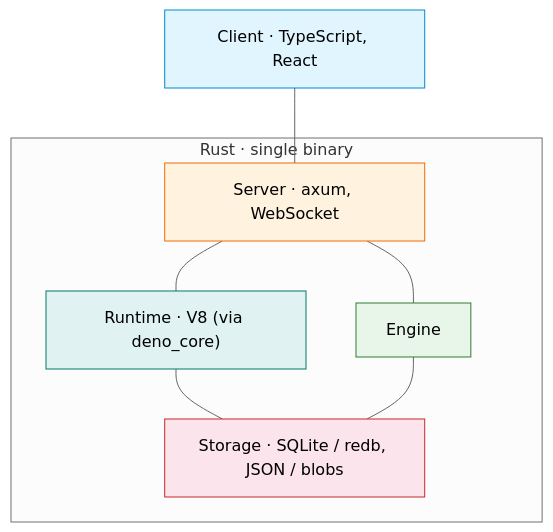
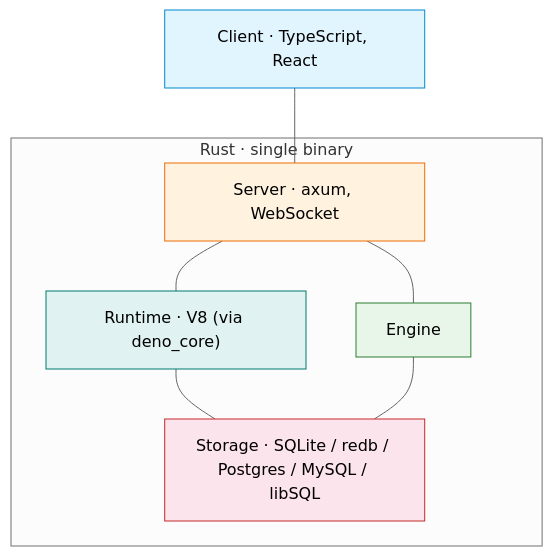
One commit to nimbus/nimbus changed the first of 6 diagrams in ARCHITECTURE.md. Above: the diagram before and after it, drawn with Mermaid (neutral theme). The commit also changed other lines of this file and 104 other files, not shown here.

````diff
--- a/ARCHITECTURE.md
+++ b/ARCHITECTURE.md
@@ -18,28 +18,28 @@
 ```mermaid
 flowchart TD
     T1["Client · TypeScript, React"]
 
     subgraph rust["Rust · single binary"]
         T2["Server · axum, WebSocket"]
         T3["Runtime · V8 (via deno_core)"]
         T4["Engine"]
-        T5["Storage · SQLite / redb, JSON / blobs"]
+        T5["Storage · SQLite / redb / Postgres / MySQL / libSQL"]
 
         T2 --- T3 & T4
         T3 & T4 --- T5
     end
 
     T1 --- T2
 
     classDef client fill:#e1f5fe,stroke:#0288d1,color:#000
     classDef server fill:#fff3e0,stroke:#ef6c00,color:#000
     classDef runtime fill:#e0f2f1,stroke:#00796b,color:#000
     classDef logic fill:#e8f5e9,stroke:#2e7d32,color:#000
     classDef storage fill:#fce4ec,stroke:#c62828,color:#000
 
     class T1 client
     class T2 server
     class T3 runtime
     class T4 logic
     class T5 storage
 ```
````
